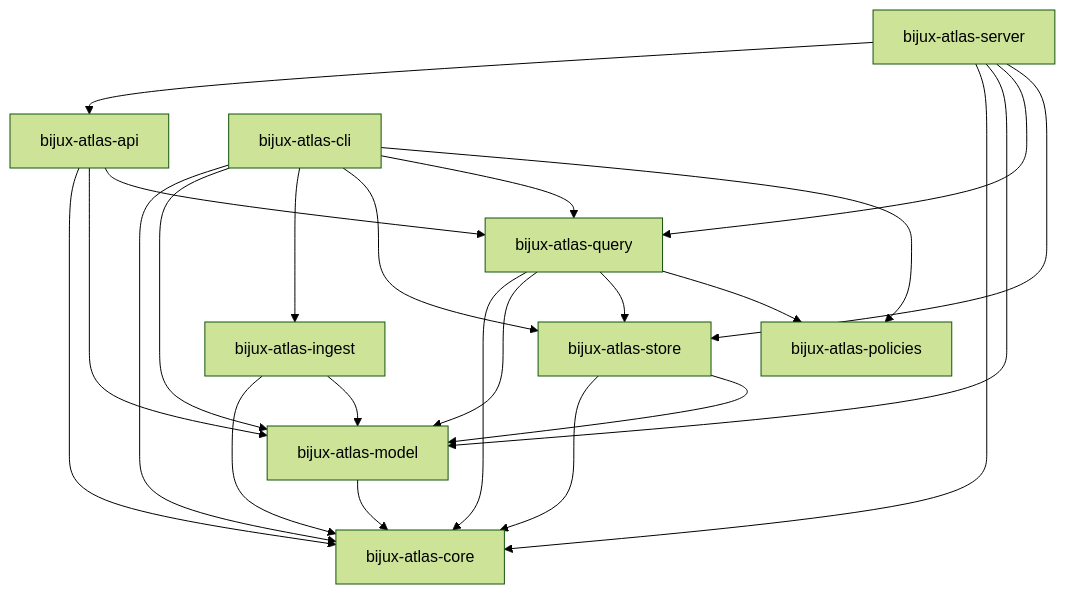
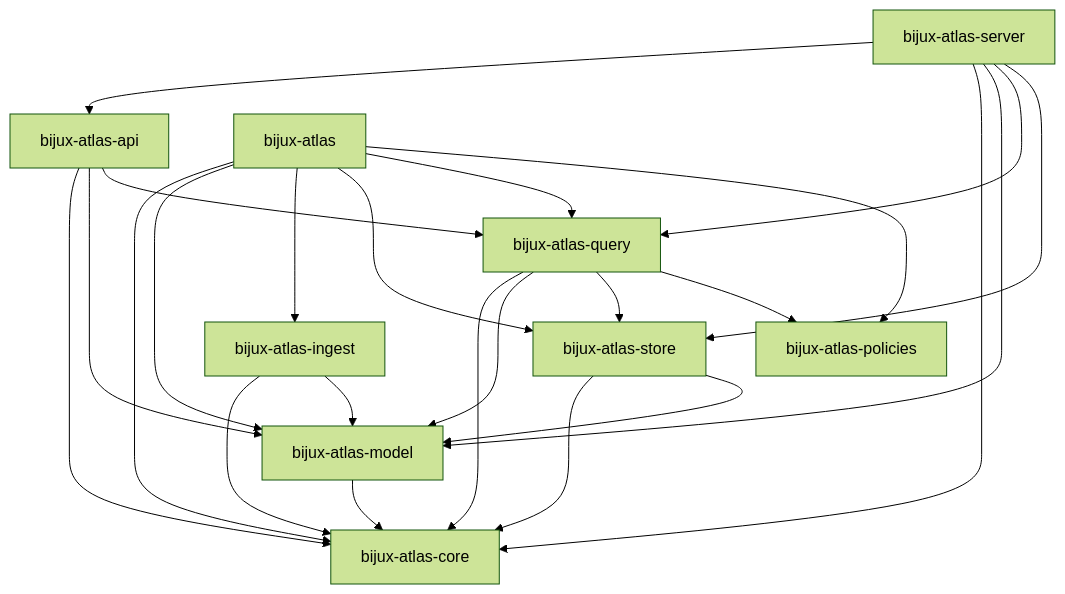
Before and after one commit to bijux/bijux-atlas: the diagram in docs/reference/crate-dependency-graph.md, drawn with Mermaid (forest theme). The commit also changed 31 other files, not shown here.

````diff
--- a/docs/reference/crate-dependency-graph.md
+++ b/docs/reference/crate-dependency-graph.md
@@ -17,36 +17,36 @@
 ```mermaid
 graph TD
   core[bijux-atlas-core]
   model[bijux-atlas-model]
   ingest[bijux-atlas-ingest]
   store[bijux-atlas-store]
   query[bijux-atlas-query]
   api[bijux-atlas-api]
-  cli[bijux-atlas-cli]
+  cli[bijux-atlas]
   server[bijux-atlas-server]
   policies[bijux-atlas-policies]
 
   model --> core
   ingest --> core
   ingest --> model
   store --> core
   store --> model
   query --> core
   query --> model
   query --> store
   query --> policies
   api --> core
   api --> model
   api --> query
   cli --> core
   cli --> model
   cli --> ingest
   cli --> store
   cli --> query
   cli --> policies
   server --> api
   server --> core
   server --> model
   server --> query
   server --> store
 ```
````
